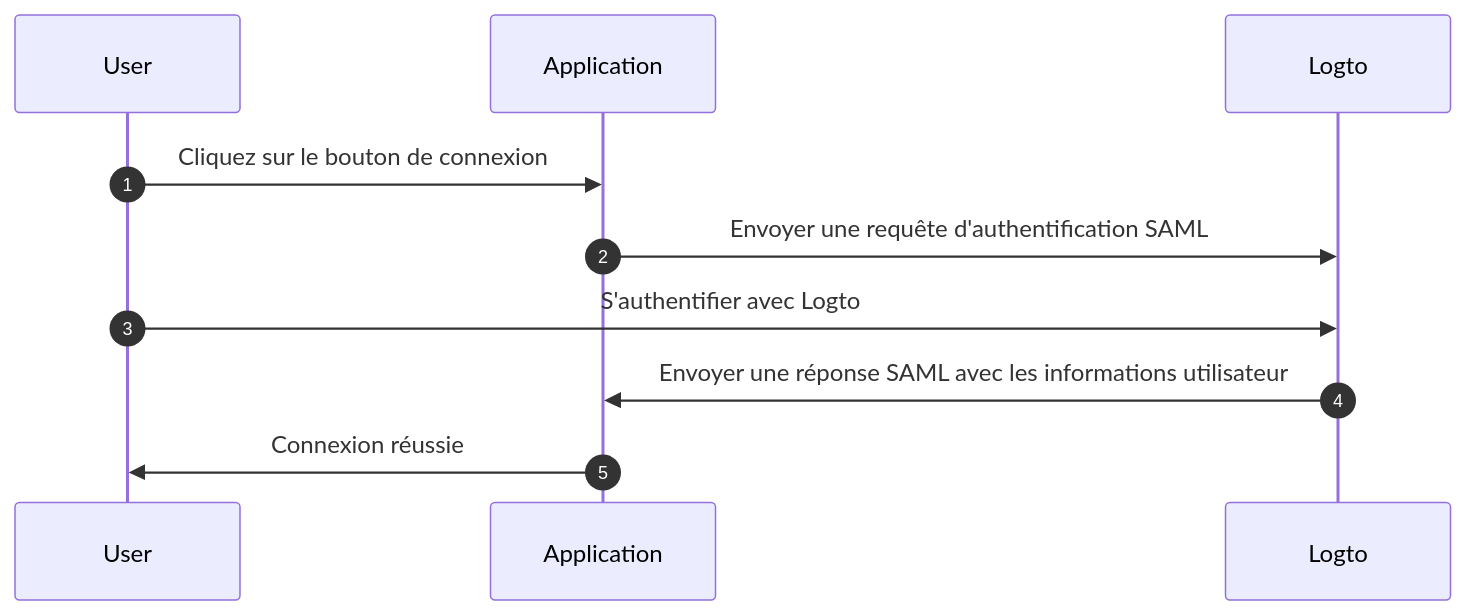
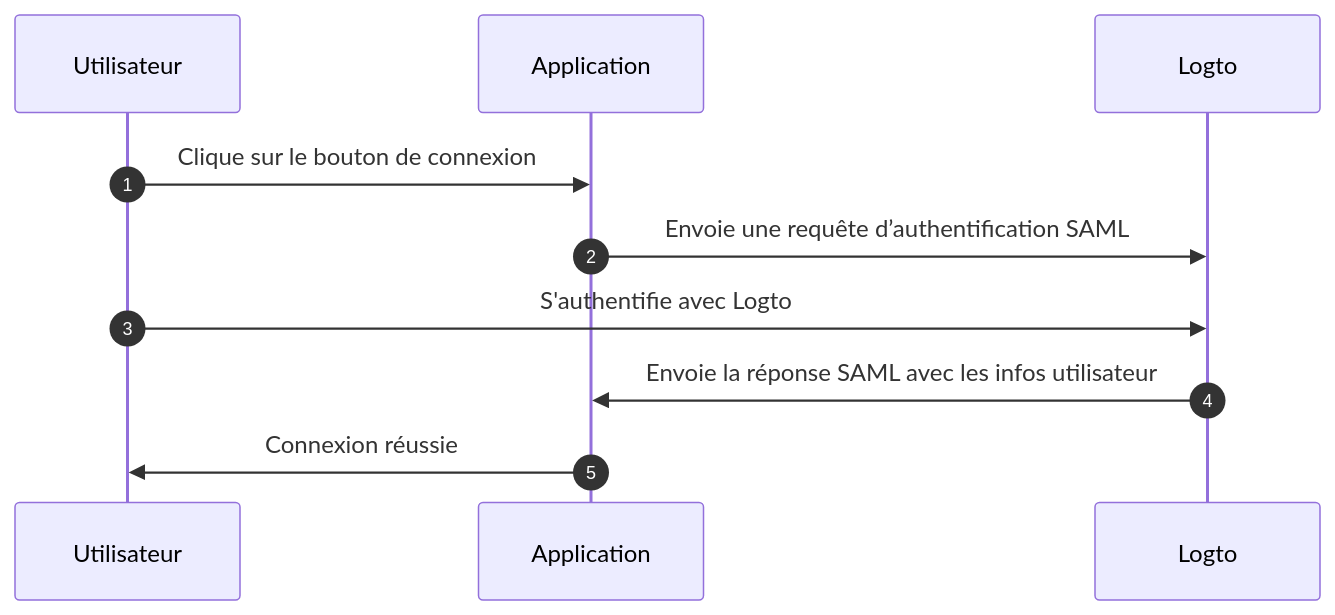
Before and after one commit to logto-io/docs: the fourth of 4 diagrams in i18n/fr/docusaurus-plugin-content-docs/current/integrate-logto/integrate-logto-into-your-application/understand-authentication-flow.mdx, drawn with Mermaid. The commit also changed other lines of this file and 44 other files, not shown here.

````diff
--- a/i18n/fr/docusaurus-plugin-content-docs/current/integrate-logto/integrate-logto-into-your-application/understand-authentication-flow.mdx
+++ b/i18n/fr/docusaurus-plugin-content-docs/current/integrate-logto/integrate-logto-into-your-application/understand-authentication-flow.mdx
@@ -69,13 +97,13 @@
 ```mermaid
 sequenceDiagram
     autonumber
-    participant User
+    participant Utilisateur
     participant Application
     participant Logto
 
-    User->>Application: Cliquez sur le bouton de connexion
-    Application->>Logto: Envoyer une requête d'authentification SAML
-    User->>Logto: S'authentifier avec Logto
-    Logto->>Application: Envoyer une réponse SAML avec les informations utilisateur
-    Application->>User: Connexion réussie
+    Utilisateur->>Application: Clique sur le bouton de connexion
+    Application->>Logto: Envoie une requête d’authentification SAML
+    Utilisateur->>Logto: S'authentifie avec Logto
+    Logto->>Application: Envoie la réponse SAML avec les infos utilisateur
+    Application->>Utilisateur: Connexion réussie
 ```
````
